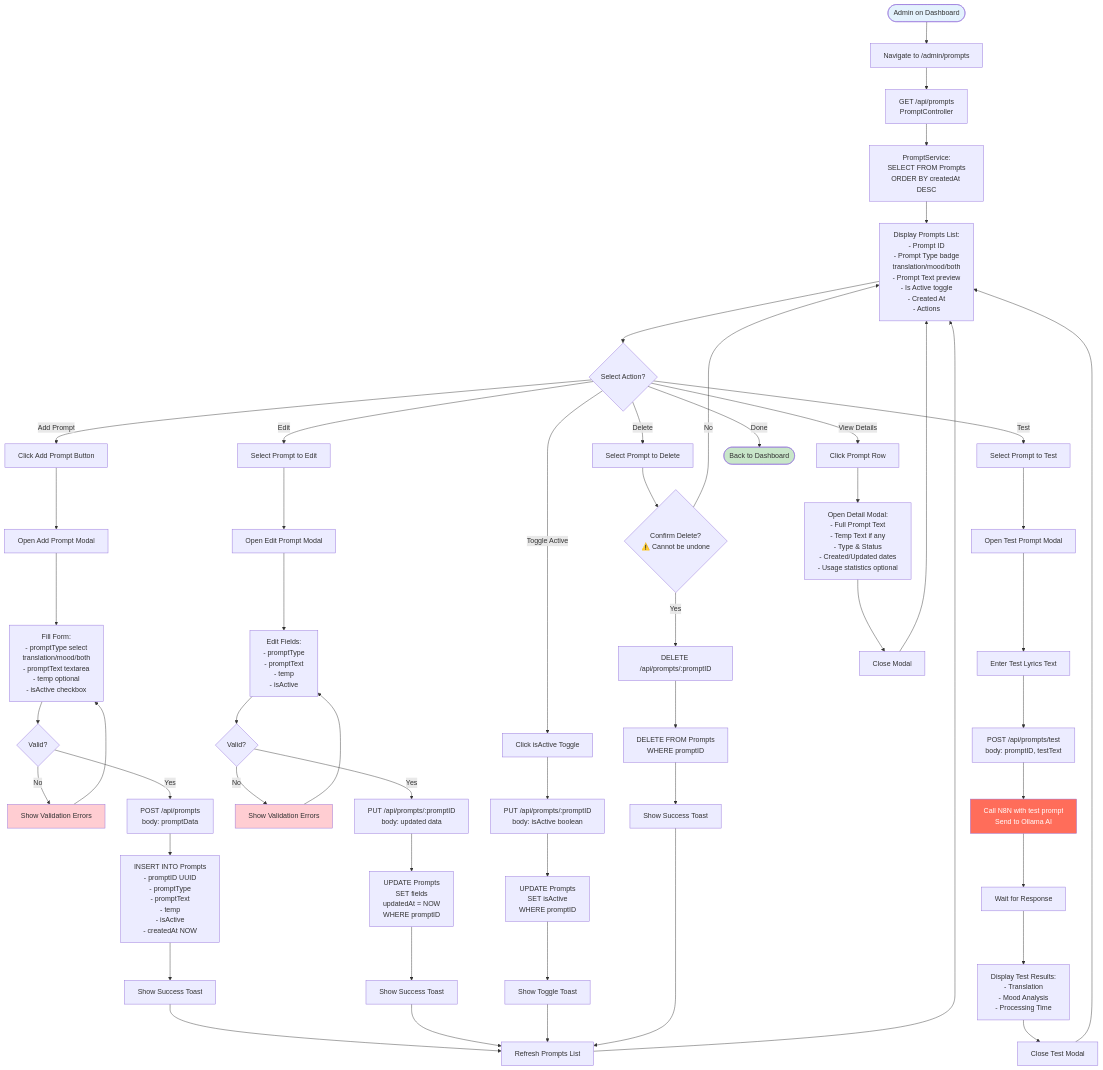
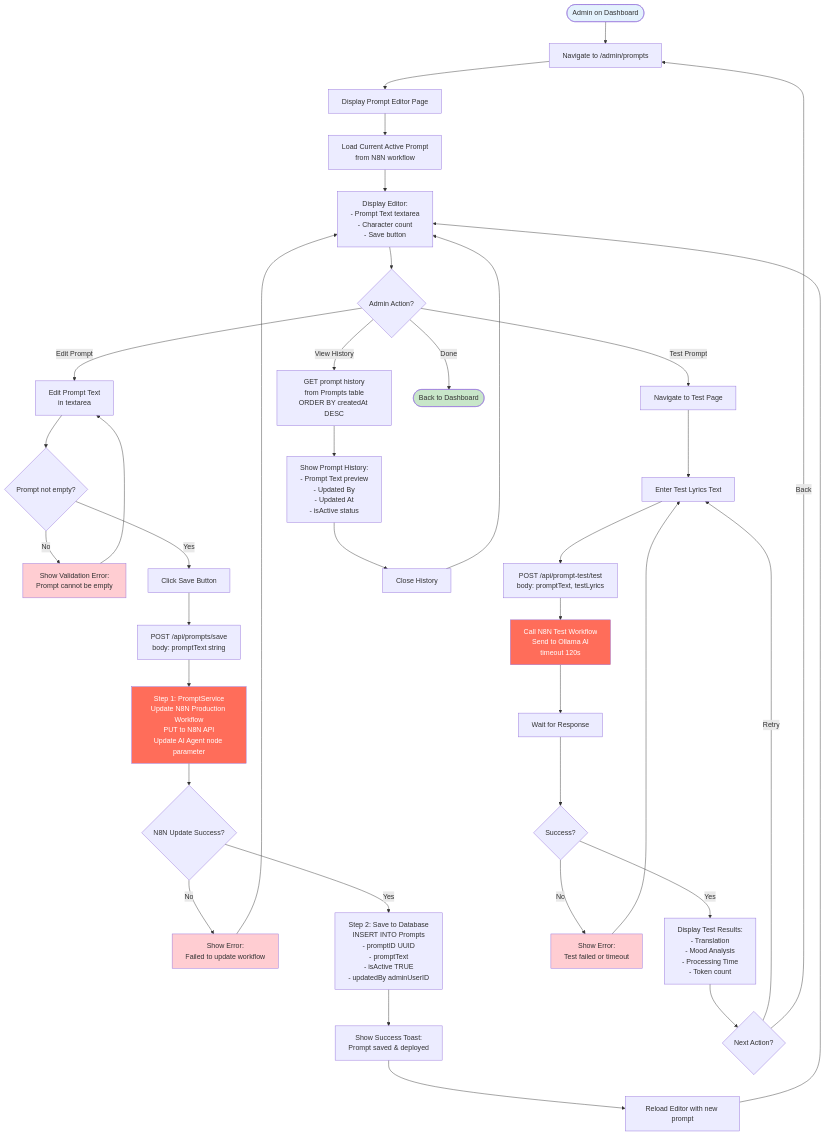
Before and after one commit to tikpoptv/MUSE-MUSIC: the fifth of 5 diagrams in diagrams/activity-diagram-admin.md, drawn with Mermaid. The commit also changed other lines of this file and 6 other files, not shown here.

First line of the commit message:
Update diagrams for prompt flow and OAuth details

````diff
--- a/diagrams/activity-diagram-admin.md
+++ b/diagrams/activity-diagram-admin.md
@@ -310,75 +310,59 @@
 ```mermaid
 flowchart TD
     Start([Admin on Dashboard]) --> Navigate[Navigate to /admin/prompts]
-    Navigate --> LoadPrompts[GET /api/prompts<br/>PromptController]
-    LoadPrompts --> QueryPrompts[PromptService:<br/>SELECT FROM Prompts<br/>ORDER BY createdAt DESC]
-    QueryPrompts --> DisplayPrompts[Display Prompts List:<br/>- Prompt ID<br/>- Prompt Type badge<br/>  translation/mood/both<br/>- Prompt Text preview<br/>- Is Active toggle<br/>- Created At<br/>- Actions]
+    Navigate --> ViewEditor[Display Prompt Editor Page]
+    ViewEditor --> LoadCurrent[Load Current Active Prompt<br/>from N8N workflow]
+    LoadCurrent --> DisplayEditor[Display Editor:<br/>- Prompt Text textarea<br/>- Character count<br/>- Save button]
     
-    DisplayPrompts --> PromptAction{Select Action?}
+    DisplayEditor --> AdminAction{Admin Action?}
     
-    %% Add New Prompt
-    PromptAction -->|Add Prompt| ClickAdd[Click Add Prompt Button]
-    ClickAdd --> OpenAdd[Open Add Prompt Modal]
-    OpenAdd --> FillPrompt[Fill Form:<br/>- promptType select<br/>  translation/mood/both<br/>- promptText textarea<br/>- temp optional<br/>- isActive checkbox]
-    FillPrompt --> ValidatePrompt{Valid?}
-    ValidatePrompt -->|No| ShowPromptError[Show Validation Errors]
-    ShowPromptError --> FillPrompt
-    ValidatePrompt -->|Yes| SubmitAdd[POST /api/prompts<br/>body: promptData]
-    SubmitAdd --> InsertPrompt[INSERT INTO Prompts<br/>- promptID UUID<br/>- promptType<br/>- promptText<br/>- temp<br/>- isActive<br/>- createdAt NOW]
-    InsertPrompt --> ShowToast1[Show Success Toast]
-    ShowToast1 --> RefreshPrompts[Refresh Prompts List]
-    RefreshPrompts --> DisplayPrompts
+    %% Edit and Save Prompt
+    AdminAction -->|Edit Prompt| EditPrompt[Edit Prompt Text<br/>in textarea]
+    EditPrompt --> ValidatePrompt{Prompt not empty?}
+    ValidatePrompt -->|No| ShowError[Show Validation Error:<br/>Prompt cannot be empty]
+    ShowError --> EditPrompt
     
-    %% Edit Prompt
-    PromptAction -->|Edit| SelectEdit[Select Prompt to Edit]
-    SelectEdit --> OpenEdit[Open Edit Prompt Modal]
-    OpenEdit --> EditFields[Edit Fields:<br/>- promptType<br/>- promptText<br/>- temp<br/>- isActive]
-    EditFields --> ValidateEdit{Valid?}
-    ValidateEdit -->|No| ShowEditError[Show Validation Errors]
-    ShowEditError --> EditFields
-    ValidateEdit -->|Yes| SubmitEdit[PUT /api/prompts/:promptID<br/>body: updated data]
-    SubmitEdit --> UpdatePrompt[UPDATE Prompts<br/>SET fields<br/>updatedAt = NOW<br/>WHERE promptID]
-    UpdatePrompt --> ShowToast2[Show Success Toast]
-    ShowToast2 --> RefreshPrompts
+    ValidatePrompt -->|Yes| ClickSave[Click Save Button]
+    ClickSave --> SubmitSave[POST /api/prompts/save<br/>body: promptText string]
+    SubmitSave --> UpdateN8N[Step 1: PromptService<br/>Update N8N Production Workflow<br/>PUT to N8N API<br/>Update AI Agent node parameter]
+    UpdateN8N --> CheckN8NSuccess{N8N Update Success?}
     
-    %% Toggle Active
-    PromptAction -->|Toggle Active| SelectToggle[Click isActive Toggle]
-    SelectToggle --> UpdateActive[PUT /api/prompts/:promptID<br/>body: isActive boolean]
-    UpdateActive --> UpdateDB[UPDATE Prompts<br/>SET isActive<br/>WHERE promptID]
-    UpdateDB --> ShowToast3[Show Toggle Toast]
-    ShowToast3 --> RefreshPrompts
+    CheckN8NSuccess -->|No| ShowN8NError[Show Error:<br/>Failed to update workflow]
+    ShowN8NError --> DisplayEditor
     
-    %% Delete Prompt
-    PromptAction -->|Delete| SelectDelete[Select Prompt to Delete]
-    SelectDelete --> ConfirmDelete{Confirm Delete?<br/>⚠️ Cannot be undone}
-    ConfirmDelete -->|No| DisplayPrompts
-    ConfirmDelete -->|Yes| SubmitDelete[DELETE /api/prompts/:promptID]
-    SubmitDelete --> DeleteDB[DELETE FROM Prompts<br/>WHERE promptID]
-    DeleteDB --> ShowToast4[Show Success Toast]
-    ShowToast4 --> RefreshPrompts
+    CheckN8NSuccess -->|Yes| SaveToDB[Step 2: Save to Database<br/>INSERT INTO Prompts<br/>- promptID UUID<br/>- promptText<br/>- isActive TRUE<br/>- updatedBy adminUserID]
+    SaveToDB --> ShowSuccess[Show Success Toast:<br/>Prompt saved & deployed]
+    ShowSuccess --> RefreshEditor[Reload Editor with new prompt]
+    RefreshEditor --> DisplayEditor
     
     %% Test Prompt
-    PromptAction -->|Test| SelectTest[Select Prompt to Test]
-    SelectTest --> OpenTest[Open Test Prompt Modal]
-    OpenTest --> EnterTest[Enter Test Lyrics Text]
-    EnterTest --> SubmitTest[POST /api/prompts/test<br/>body: promptID, testText]
-    SubmitTest --> CallN8N[Call N8N with test prompt<br/>Send to Ollama AI]
-    CallN8N --> WaitTest[Wait for Response]
-    WaitTest --> DisplayResult[Display Test Results:<br/>- Translation<br/>- Mood Analysis<br/>- Processing Time]
-    DisplayResult --> CloseTest[Close Test Modal]
-    CloseTest --> DisplayPrompts
+    AdminAction -->|Test Prompt| NavTest[Navigate to Test Page]
+    NavTest --> EnterTest[Enter Test Lyrics Text]
+    EnterTest --> SubmitTest[POST /api/prompt-test/test<br/>body: promptText, testLyrics]
+    SubmitTest --> CallN8N[Call N8N Test Workflow<br/>Send to Ollama AI<br/>timeout 120s]
+    CallN8N --> WaitResponse[Wait for Response]
+    WaitResponse --> CheckSuccess{Success?}
     
-    %% View Prompt Details
-    PromptAction -->|View Details| ClickView[Click Prompt Row]
-    ClickView --> OpenView[Open Detail Modal:<br/>- Full Prompt Text<br/>- Temp Text if any<br/>- Type & Status<br/>- Created/Updated dates<br/>- Usage statistics optional]
-    OpenView --> CloseView[Close Modal]
-    CloseView --> DisplayPrompts
+    CheckSuccess -->|No| ShowTestError[Show Error:<br/>Test failed or timeout]
+    ShowTestError --> EnterTest
     
-    PromptAction -->|Done| End([Back to Dashboard])
+    CheckSuccess -->|Yes| DisplayResult[Display Test Results:<br/>- Translation<br/>- Mood Analysis<br/>- Processing Time<br/>- Token count]
+    DisplayResult --> TestAction{Next Action?}
+    TestAction -->|Retry| EnterTest
+    TestAction -->|Back| Navigate
+    
+    AdminAction -->|View History| LoadHistory[GET prompt history<br/>from Prompts table<br/>ORDER BY createdAt DESC]
+    LoadHistory --> DisplayHistory[Show Prompt History:<br/>- Prompt Text preview<br/>- Updated By<br/>- Updated At<br/>- isActive status]
+    DisplayHistory --> CloseHistory[Close History]
+    CloseHistory --> DisplayEditor
+    
+    AdminAction -->|Done| End([Back to Dashboard])
     
     style Start fill:#e3f2fd
     style End fill:#c8e6c9
-    style ShowPromptError fill:#ffcdd2
-    style ShowEditError fill:#ffcdd2
+    style ShowError fill:#ffcdd2
+    style ShowN8NError fill:#ffcdd2
+    style ShowTestError fill:#ffcdd2
+    style UpdateN8N fill:#ff6d5a,color:#fff
     style CallN8N fill:#ff6d5a,color:#fff
 ```
````
